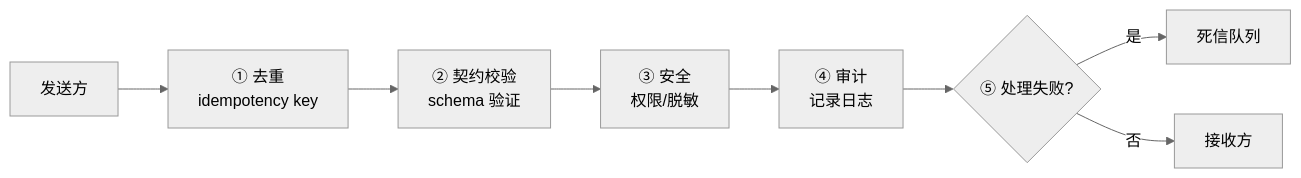
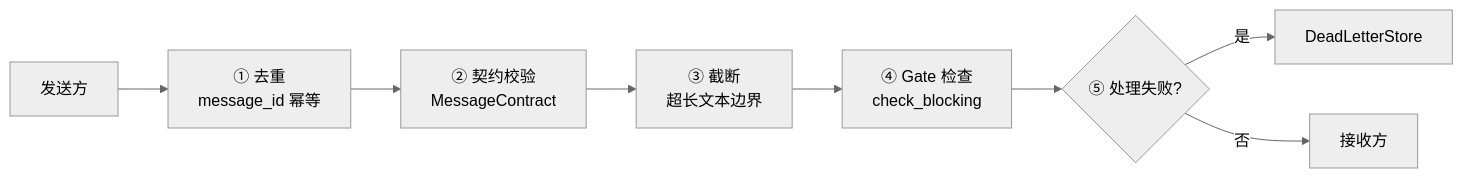
Before and after one commit to limenagent/prodagent: the third of 3 diagrams in docs/topics/governance.md, drawn with Mermaid (neutral theme). The commit also changed other lines of this file and 28 other files, not shown here.

````diff
--- a/docs/topics/governance.md
+++ b/docs/topics/governance.md
@@ -129,10 +105,10 @@
 ```mermaid
 graph LR
-    SEND["发送方"] --> DEDUP["① 去重<br/>idempotency key"]
-    DEDUP --> CONTRACT["② 契约校验<br/>schema 验证"]
-    CONTRACT --> SEC["③ 安全<br/>权限/脱敏"]
-    SEC --> AUDIT["④ 审计<br/>记录日志"]
-    AUDIT --> DLQ{"⑤ 处理失败?"}
-    DLQ -->|是| DEAD["死信队列"]
+    SEND["发送方"] --> DEDUP["① 去重<br/>message_id 幂等"]
+    DEDUP --> CONTRACT["② 契约校验<br/>MessageContract"]
+    CONTRACT --> TRIM["③ 截断<br/>超长文本边界"]
+    TRIM --> GATE["④ Gate 检查<br/>check_blocking"]
+    GATE --> DLQ{"⑤ 处理失败?"}
+    DLQ -->|是| DEAD["DeadLetterStore"]
     DLQ -->|否| RECV["接收方"]
 ```
````
